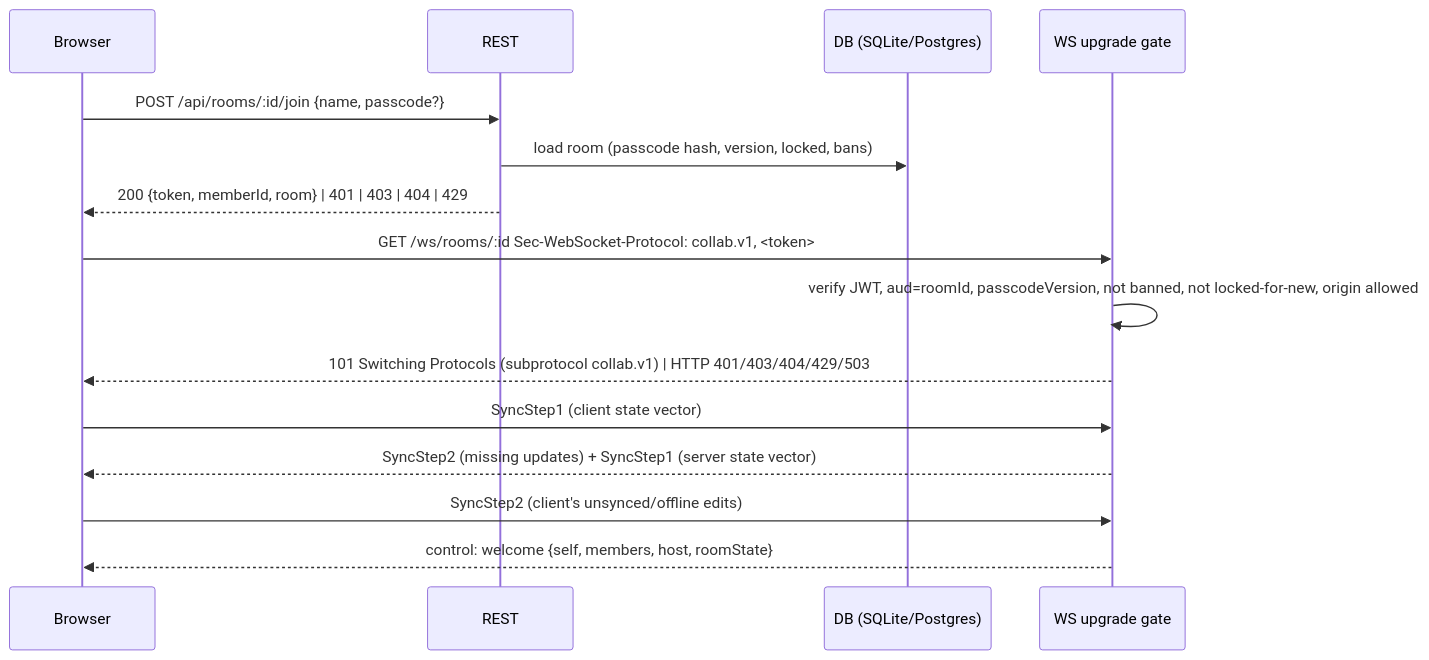
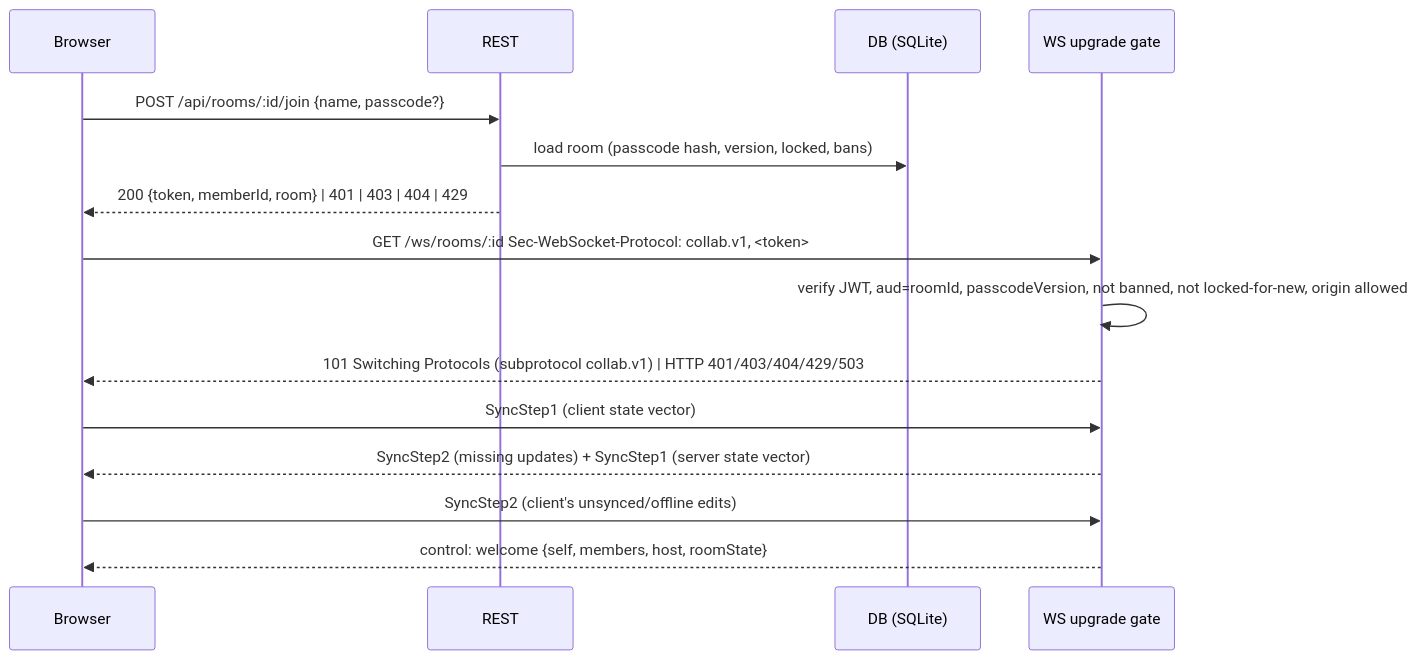
The second of 2 diagrams in docs/02-architecture.md (hriday-singh/tether), drawn with Mermaid before and after one commit. The commit also changed other lines of this file and 30 other files, not shown here.

````diff
--- a/docs/02-architecture.md
+++ b/docs/02-architecture.md
@@ -109,17 +109,17 @@
 ```mermaid
 sequenceDiagram
   participant B as Browser
   participant H as REST
-  participant D as DB (SQLite/Postgres)
+  participant D as DB (SQLite)
   participant W as WS upgrade gate
   B->>H: POST /api/rooms/:id/join {name, passcode?}
   H->>D: load room (passcode hash, version, locked, bans)
   H-->>B: 200 {token, memberId, room} | 401 | 403 | 404 | 429
   B->>W: GET /ws/rooms/:id  Sec-WebSocket-Protocol: collab.v1, <token>
   W->>W: verify JWT, aud=roomId, passcodeVersion, not banned, not locked-for-new, origin allowed
   W-->>B: 101 Switching Protocols (subprotocol collab.v1) | HTTP 401/403/404/429/503
   B->>W: SyncStep1 (client state vector)
   W-->>B: SyncStep2 (missing updates) + SyncStep1 (server state vector)
   B->>W: SyncStep2 (client's unsynced/offline edits)
   W-->>B: control: welcome {self, members, host, roomState}
 ```
````
